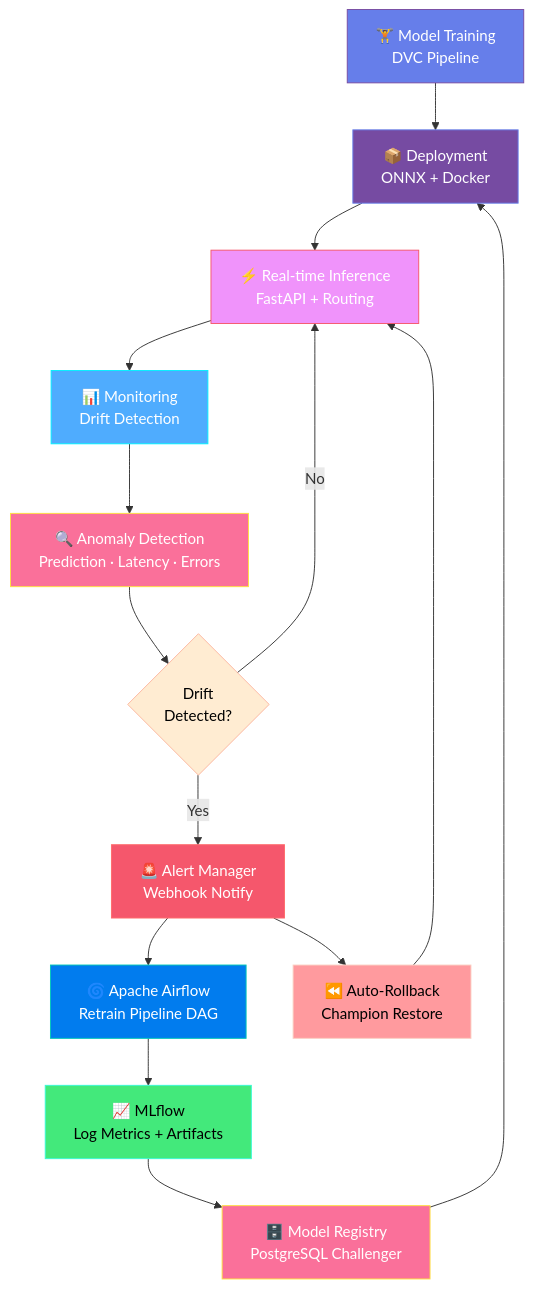
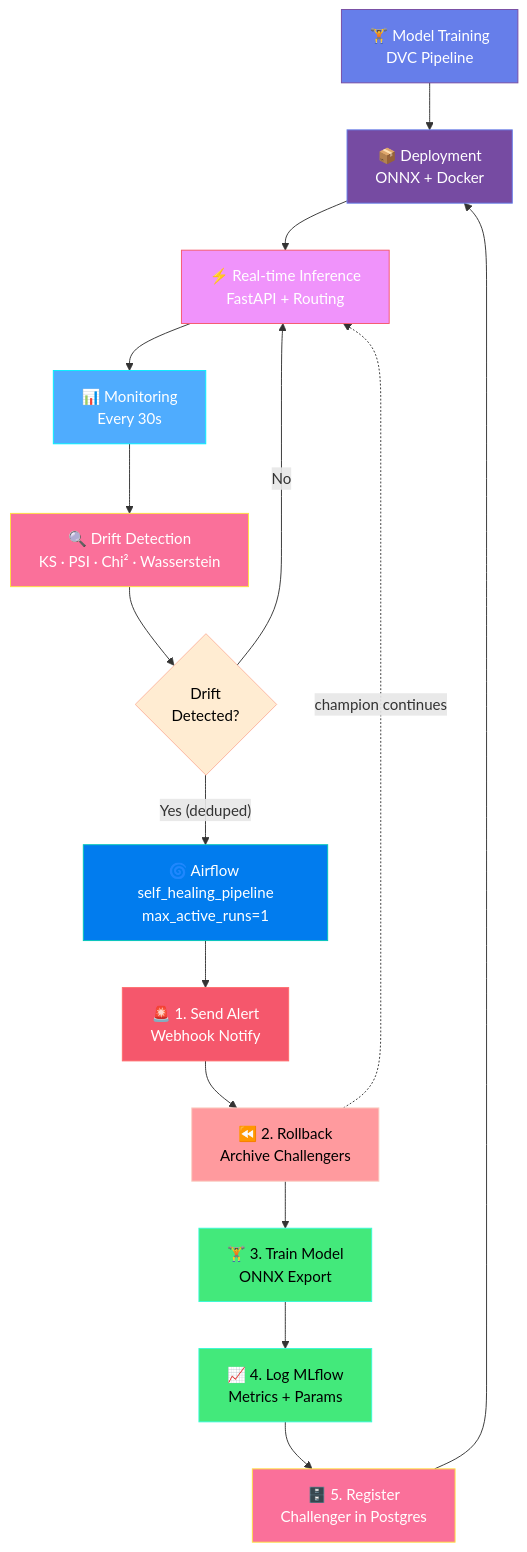
One commit to vtnguyen04/phoenix_ML changed the second of 2 diagrams in README.md. Above: the diagram before and after it, drawn with Mermaid. The commit also changed other lines of this file and 1 other file, not shown here.

Commit message:
chore: final audit — fix README diagram, enhance CI workflow, update test counts
- Fix mermaid diagram: show sequential 5-task Airflow self_healing_pipeline
- Update test count: 189 tests, 89% coverage
- Fix stale DAG reference: retrain_pipeline → self_healing_pipeline
- CI: add concurrency group, cancel-in-progress, Airflow Dockerfile build
- CI: add coverage threshold --cov-fail-under=80

````diff
--- a/README.md
+++ b/README.md
@@ -87,28 +87,30 @@
 ```mermaid
 graph TD
     Train["🏋️ Model Training<br/>DVC Pipeline"] --> Deploy["📦 Deployment<br/>ONNX + Docker"]
     Deploy --> Serve["⚡ Real-time Inference<br/>FastAPI + Routing"]
-    Serve --> Monitor["📊 Monitoring<br/>Drift Detection"]
-    Monitor --> Anomaly["🔍 Anomaly Detection<br/>Prediction · Latency · Errors"]
+    Serve --> Monitor["📊 Monitoring<br/>Every 30s"]
+    Monitor --> Anomaly["🔍 Drift Detection<br/>KS · PSI · Chi² · Wasserstein"]
     Anomaly --> Decision{"Drift<br/>Detected?"}
     Decision -->|No| Serve
-    Decision -->|Yes| Alert["🚨 Alert Manager<br/>Webhook Notify"]
-    Alert --> Airflow["🌀 Apache Airflow<br/>Retrain Pipeline DAG"]
-    Alert --> Rollback["⏪ Auto-Rollback<br/>Champion Restore"]
-    Rollback --> Serve
-    Airflow --> MLflow["📈 MLflow<br/>Log Metrics + Artifacts"]
-    MLflow --> Registry["🗄️ Model Registry<br/>PostgreSQL Challenger"]
-    Registry --> Deploy
+    Decision -->|"Yes (deduped)"| Airflow["🌀 Airflow self_healing_pipeline<br/>max_active_runs=1"]
+    Airflow --> T1["🚨 1. Send Alert<br/>Webhook Notify"]
+    T1 --> T2["⏪ 2. Rollback<br/>Archive Challengers"]
+    T2 --> T3["🏋️ 3. Train Model<br/>ONNX Export"]
+    T3 --> T4["📈 4. Log MLflow<br/>Metrics + Params"]
+    T4 --> T5["🗄️ 5. Register<br/>Challenger in Postgres"]
+    T5 --> Deploy
+    T2 -.->|champion continues| Serve
 
     style Train fill:#667eea,stroke:#764ba2,color:#fff
     style Deploy fill:#764ba2,stroke:#667eea,color:#fff
     style Serve fill:#f093fb,stroke:#f5576c,color:#fff
     style Monitor fill:#4facfe,stroke:#00f2fe,color:#fff
     style Anomaly fill:#fa709a,stroke:#fee140,color:#fff
     style Decision fill:#ffecd2,stroke:#fcb69f,color:#000
-    style Alert fill:#f5576c,stroke:#ff6b6b,color:#fff
-    style Rollback fill:#ff9a9e,stroke:#fad0c4,color:#000
     style Airflow fill:#017cee,stroke:#00c7b7,color:#fff
-    style MLflow fill:#43e97b,stroke:#38f9d7,color:#000
-    style Registry fill:#fa709a,stroke:#fee140,color:#fff
+    style T1 fill:#f5576c,stroke:#ff6b6b,color:#fff
+    style T2 fill:#ff9a9e,stroke:#fad0c4,color:#000
+    style T3 fill:#43e97b,stroke:#38f9d7,color:#000
+    style T4 fill:#43e97b,stroke:#38f9d7,color:#000
+    style T5 fill:#fa709a,stroke:#fee140,color:#fff
 ```
````
